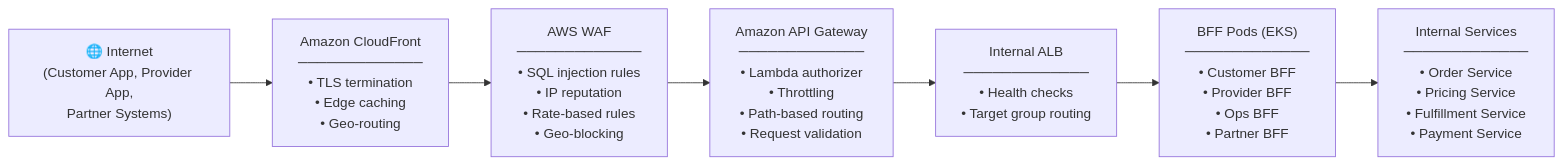
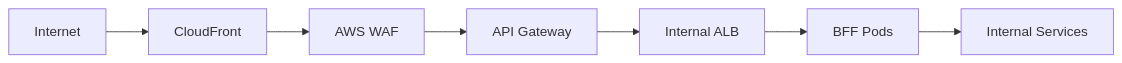
One commit to rishikeshdhokare/platform-manifesto changed the first of 3 diagrams in 04-infrastructure-and-cloud/07-api-gateway-strategy.md. Above: the diagram before and after it, drawn with Mermaid. The commit also changed other lines of this file and 12 other files, not shown here.

First line of the commit message:
fix: refactor Mermaid diagrams for compliance (#135)

````diff
--- a/04-infrastructure-and-cloud/07-api-gateway-strategy.md
+++ b/04-infrastructure-and-cloud/07-api-gateway-strategy.md
@@ -35,12 +37,12 @@
 ```mermaid
 flowchart LR
-    Internet["🌐 Internet<br/>(Customer App, Provider App,<br/>Partner Systems)"]
-    CF["Amazon CloudFront<br/>─────────────<br/>• TLS termination<br/>• Edge caching<br/>• Geo-routing"]
-    WAF["AWS WAF<br/>─────────────<br/>• SQL injection rules<br/>• IP reputation<br/>• Rate-based rules<br/>• Geo-blocking"]
-    APIGW["Amazon API Gateway<br/>─────────────<br/>• Lambda authorizer<br/>• Throttling<br/>• Path-based routing<br/>• Request validation"]
-    ALB["Internal ALB<br/>─────────────<br/>• Health checks<br/>• Target group routing"]
-    BFF["BFF Pods (EKS)<br/>─────────────<br/>• Customer BFF<br/>• Provider BFF<br/>• Ops BFF<br/>• Partner BFF"]
-    SVC["Internal Services<br/>─────────────<br/>• Order Service<br/>• Pricing Service<br/>• Fulfillment Service<br/>• Payment Service"]
+    Internet["Internet"]
+    CF["CloudFront"]
+    WAF["AWS WAF"]
+    APIGW["API Gateway"]
+    ALB["Internal ALB"]
+    BFF["BFF Pods"]
+    SVC["Internal Services"]
 
     Internet --> CF --> WAF --> APIGW --> ALB --> BFF --> SVC
 ```
````
